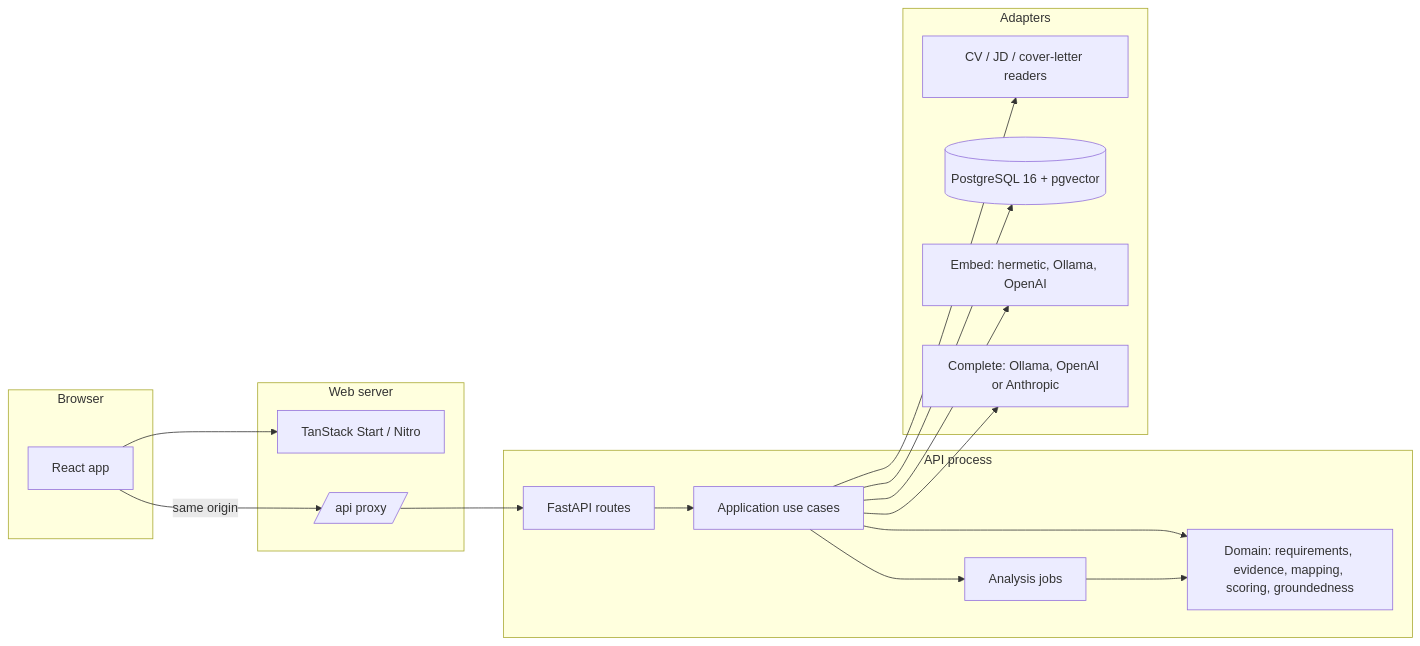
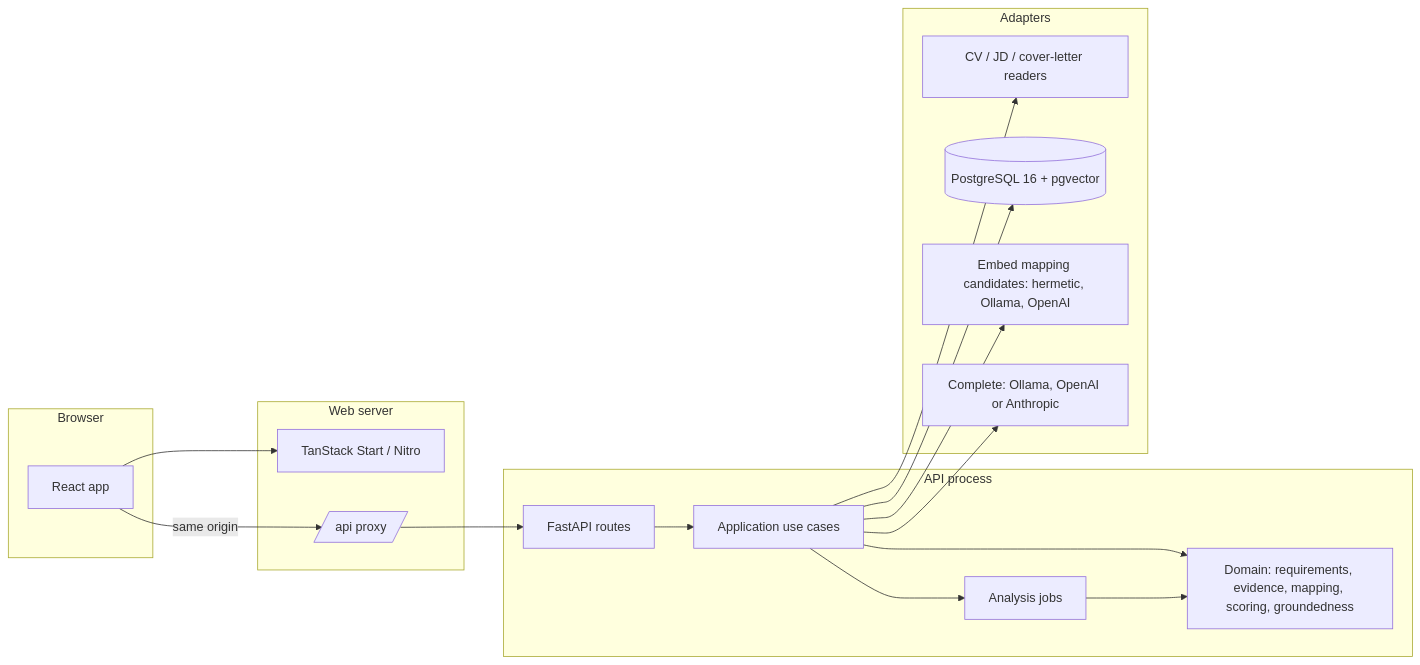
The first of 2 diagrams in README.md (ArifMehmood16/career-intelligence-assistant), drawn with Mermaid before and after one commit. The commit also changed other lines of this file and 25 other files, not shown here.

````diff
--- a/README.md
+++ b/README.md
@@ -70,30 +70,30 @@
 ```mermaid
 flowchart LR
   subgraph browser [Browser]
     UI[React app]
   end
   subgraph web [Web server]
     SSR[TanStack Start / Nitro]
     PROXY[/api proxy/]
   end
   subgraph process [API process]
     HTTP[FastAPI routes]
     APP[Application use cases]
     JOBS[Analysis jobs]
     DOM[Domain: requirements, evidence, mapping, scoring, groundedness]
     HTTP --> APP --> DOM
     APP --> JOBS --> DOM
   end
   subgraph adapters [Adapters]
     DOC[CV / JD / cover-letter readers]
     PG[(PostgreSQL 16 + pgvector)]
-    EMB[Embed: hermetic, Ollama, OpenAI]
+    EMB[Embed mapping candidates: hermetic, Ollama, OpenAI]
     LLM[Complete: Ollama, OpenAI or Anthropic]
   end
   UI --> SSR
   UI -->|same origin| PROXY --> HTTP
   APP --> DOC
   APP --> PG
   APP --> EMB
   APP --> LLM
 ```
````
